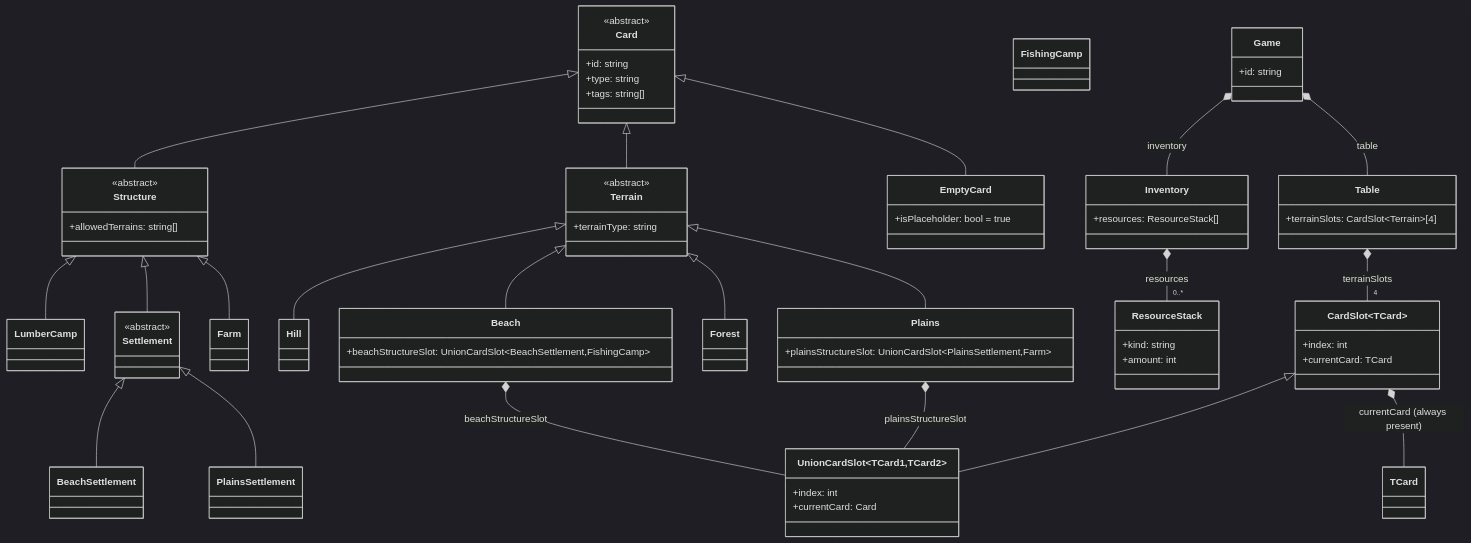
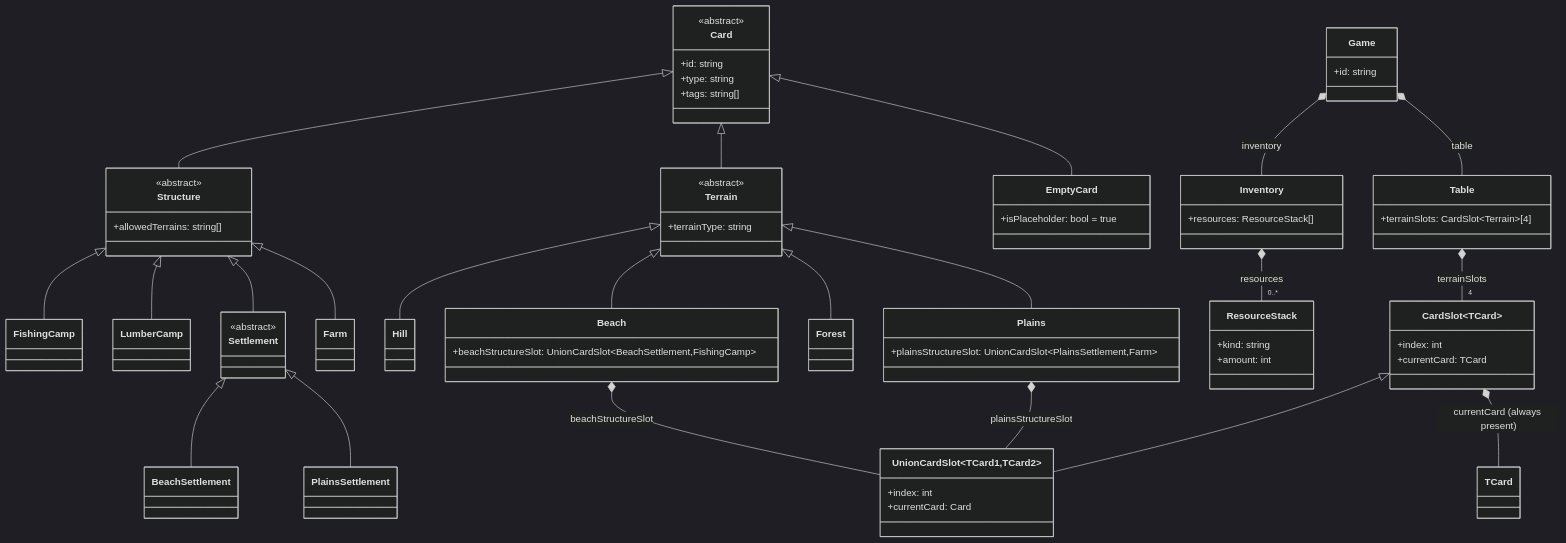
One commit to AJosephsen/gfxer changed the first of 2 diagrams in StrategyGame/data-structure.md. Above: the diagram before and after it, drawn with Mermaid (dark theme). The commit also changed other lines of this file, not shown here.

Commit message:
docs: connect fishing camp to structure in UML

```diff
--- a/StrategyGame/data-structure.md
+++ b/StrategyGame/data-structure.md
@@ -90,6 +90,7 @@
     Settlement <|-- PlainsSettlement
     Settlement <|-- BeachSettlement
     Structure <|-- LumberCamp
+    Structure <|-- FishingCamp
     Terrain <|-- Plains
     Terrain <|-- Forest
     Terrain <|-- Beach
```
